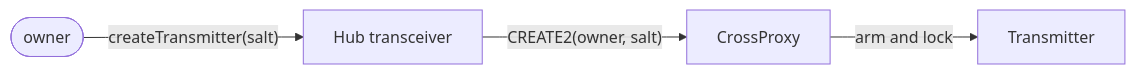
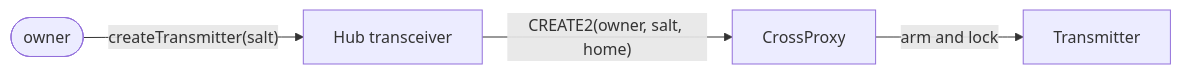
The first of 5 diagrams in README.md (crossecute/protocol), drawn with Mermaid before and after one commit. The commit also changed other lines of this file and 3 other files, not shown here.

Commit message:
docs: an account address is CREATE2 on (owner, salt, homeChainKey)

````diff
--- a/README.md
+++ b/README.md
@@ -68,6 +68,6 @@
 ```mermaid
 flowchart LR
     Owner([owner]) -->|"createTransmitter(salt)"| Hub[Hub transceiver]
-    Hub -->|"CREATE2(owner, salt)"| Proxy[CrossProxy]
+    Hub -->|"CREATE2(owner, salt, home)"| Proxy[CrossProxy]
     Proxy -->|"arm and lock"| Tx[Transmitter]
 ```
````
